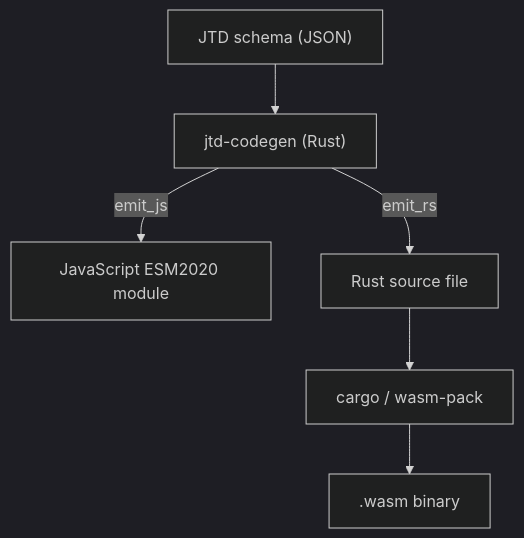
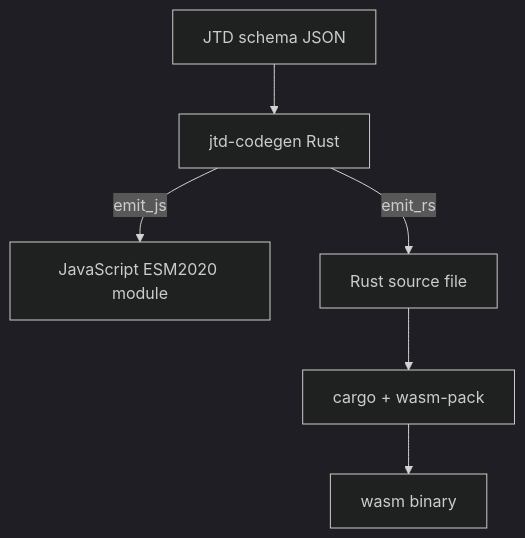
The diagram in README.md (simbo1905/jtd-wasm), drawn with Mermaid (dark theme) before and after one commit.

Commit message:
fix: simplify Mermaid diagram for GitHub rendering
- Remove quotes from node labels to avoid parsing issues
- Replace parentheses with plain text to prevent parser conflicts
- Replace slash in cargo/wasm-pack with plus to avoid parse errors

````diff
--- a/README.md
+++ b/README.md
@@ -17,8 +17,8 @@
 ```mermaid
 flowchart TD
-    A["JTD schema (JSON)"] --> B["jtd-codegen (Rust)"]
-    B --> |emit_js| C["JavaScript ESM2020 module"]
-    B --> |emit_rs| D["Rust source file"]
-    D --> E["cargo / wasm-pack"]
-    E --> F[".wasm binary"]
+    A[JTD schema JSON] --> B[jtd-codegen Rust]
+    B --> |emit_js| C[JavaScript ESM2020 module]
+    B --> |emit_rs| D[Rust source file]
+    D --> E[cargo + wasm-pack]
+    E --> F[wasm binary]
 ```
````
